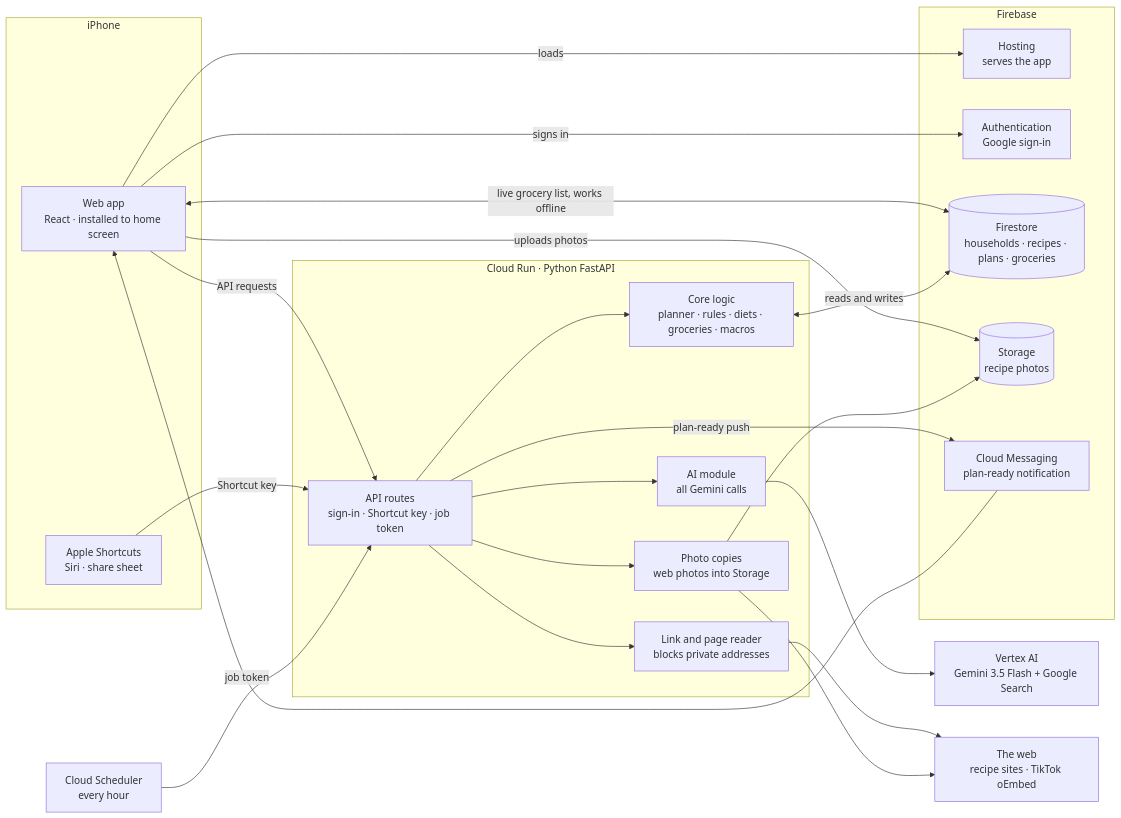
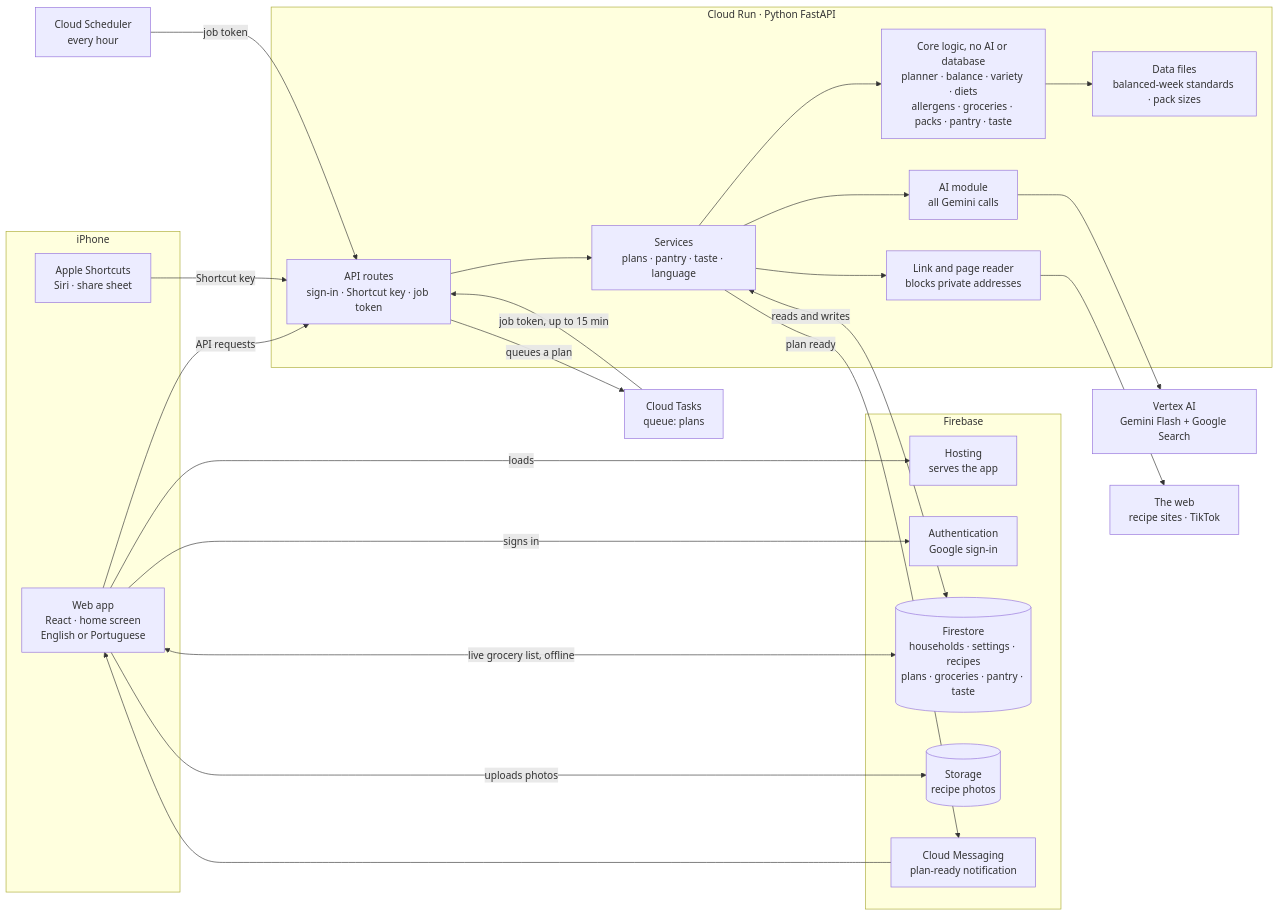
Before and after one commit to ffilipasoares/macrosapp: the first of 4 diagrams in docs/architecture.md, drawn with Mermaid. The commit also changed other lines of this file and 1 other file, not shown here.

First line of the commit message:
Update the architecture diagrams and add a handoff page

````diff
--- a/docs/architecture.md
+++ b/docs/architecture.md
@@ -7,46 +7,49 @@
 ```mermaid
 flowchart LR
   subgraph Phone["iPhone"]
-    App["Web app<br/>React · installed to home screen"]
+    App["Web app<br/>React · home screen<br/>English or Portuguese"]
     SC["Apple Shortcuts<br/>Siri · share sheet"]
   end
 
   subgraph Firebase
     Hosting["Hosting<br/>serves the app"]
     Auth["Authentication<br/>Google sign-in"]
-    FS[("Firestore<br/>households · recipes · plans · groceries")]
+    FS[("Firestore<br/>households · settings · recipes<br/>plans · groceries · pantry · taste")]
     ST[("Storage<br/>recipe photos")]
     FCM["Cloud Messaging<br/>plan-ready notification"]
   end
 
   subgraph CloudRun["Cloud Run · Python FastAPI"]
     API["API routes<br/>sign-in · Shortcut key · job token"]
-    Core["Core logic<br/>planner · rules · diets · groceries · macros"]
+    Services["Services<br/>plans · pantry · taste · language"]
+    Core["Core logic, no AI or database<br/>planner · balance · variety · diets<br/>allergens · groceries · packs · pantry · taste"]
     AIm["AI module<br/>all Gemini calls"]
     Links["Link and page reader<br/>blocks private addresses"]
-    Photos["Photo copies<br/>web photos into Storage"]
+    Std["Data files<br/>balanced-week standards · pack sizes"]
   end
 
-  Gemini["Vertex AI<br/>Gemini 3.5 Flash + Google Search"]
-  Web["The web<br/>recipe sites · TikTok oEmbed"]
+  Gemini["Vertex AI<br/>Gemini Flash + Google Search"]
+  Web["The web<br/>recipe sites · TikTok"]
   Sched["Cloud Scheduler<br/>every hour"]
+  Tasks["Cloud Tasks<br/>queue: plans"]
 
   App -->|loads| Hosting
   App -->|signs in| Auth
-  App <-->|live grocery list, works offline| FS
+  App <-->|live grocery list, offline| FS
   App -->|uploads photos| ST
   App -->|API requests| API
   SC -->|Shortcut key| API
   Sched -->|job token| API
-  API --> Core
-  API --> AIm
-  API --> Links
-  API --> Photos
-  Core <-->|reads and writes| FS
+  API -->|queues a plan| Tasks
+  Tasks -->|job token, up to 15 min| API
+  API --> Services
+  Services --> Core
+  Core --> Std
+  Services --> AIm
+  Services --> Links
+  Services <-->|reads and writes| FS
   AIm --> Gemini
   Links --> Web
-  Photos --> Web
-  Photos --> ST
-  API -->|plan-ready push| FCM
+  Services -->|plan ready| FCM
   FCM --> App
 ```
````
